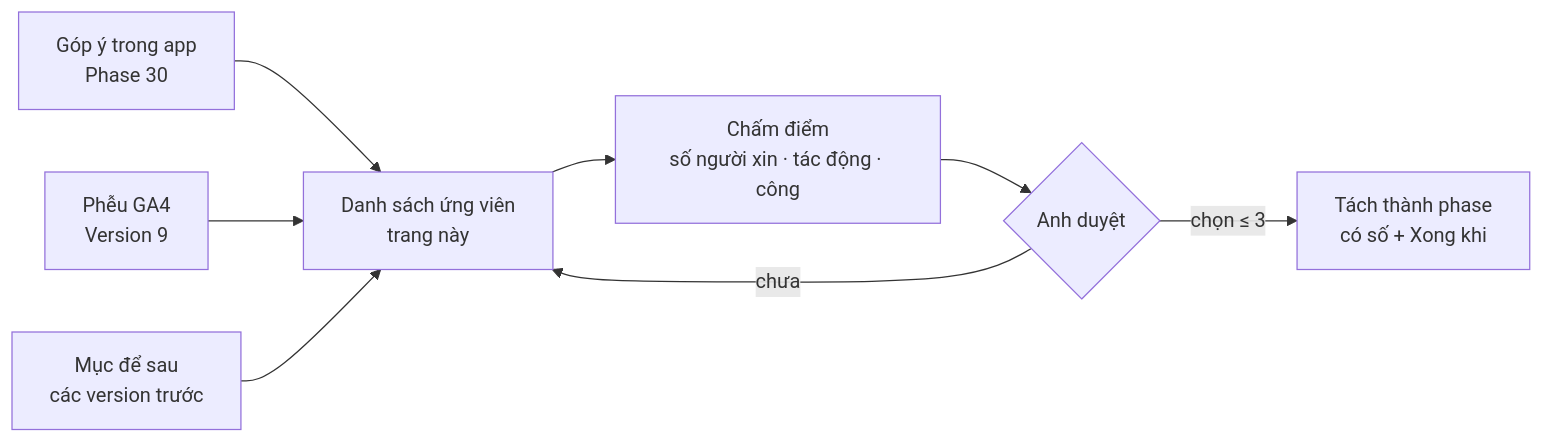
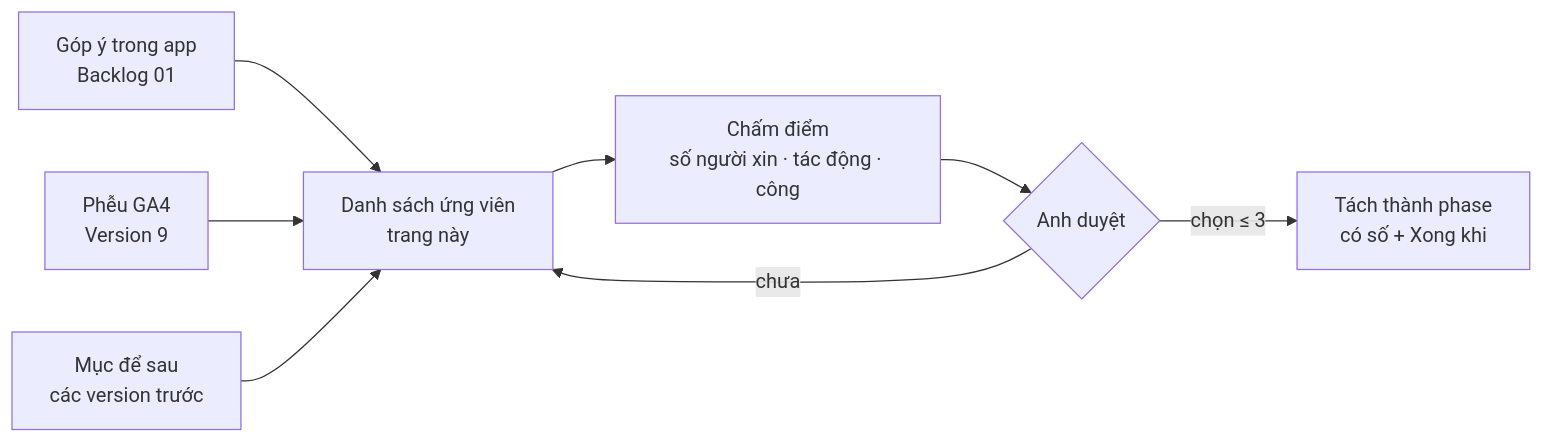
Before and after one commit to nvminhtu/niche-radar-docs: the diagram in docs/web/version-12.md, drawn with Mermaid. The commit also changed other lines of this file and 474 other files, not shown here.

Commit message:
sync: đánh số lại phase theo thứ tự làm (1–62), KO LÀM → Backlog 01–21, link cũ tự chuyển trang

````diff
--- a/docs/web/version-12.md
+++ b/docs/web/version-12.md
@@ -16,10 +16,10 @@
 ```mermaid
 flowchart LR
-  F[Góp ý trong app<br/>Phase 30] --> L[Danh sách ứng viên<br/>trang này]
+  F[Góp ý trong app<br/>Backlog 01] --> L[Danh sách ứng viên<br/>trang này]
   A[Phễu GA4<br/>Version 9] --> L
   O[Mục để sau<br/>các version trước] --> L
   L --> S[Chấm điểm<br/>số người xin · tác động · công]
   S --> D{Anh duyệt}
   D -->|chọn ≤ 3| P[Tách thành phase<br/>có số + Xong khi]
   D -->|chưa| L
 ```
````
